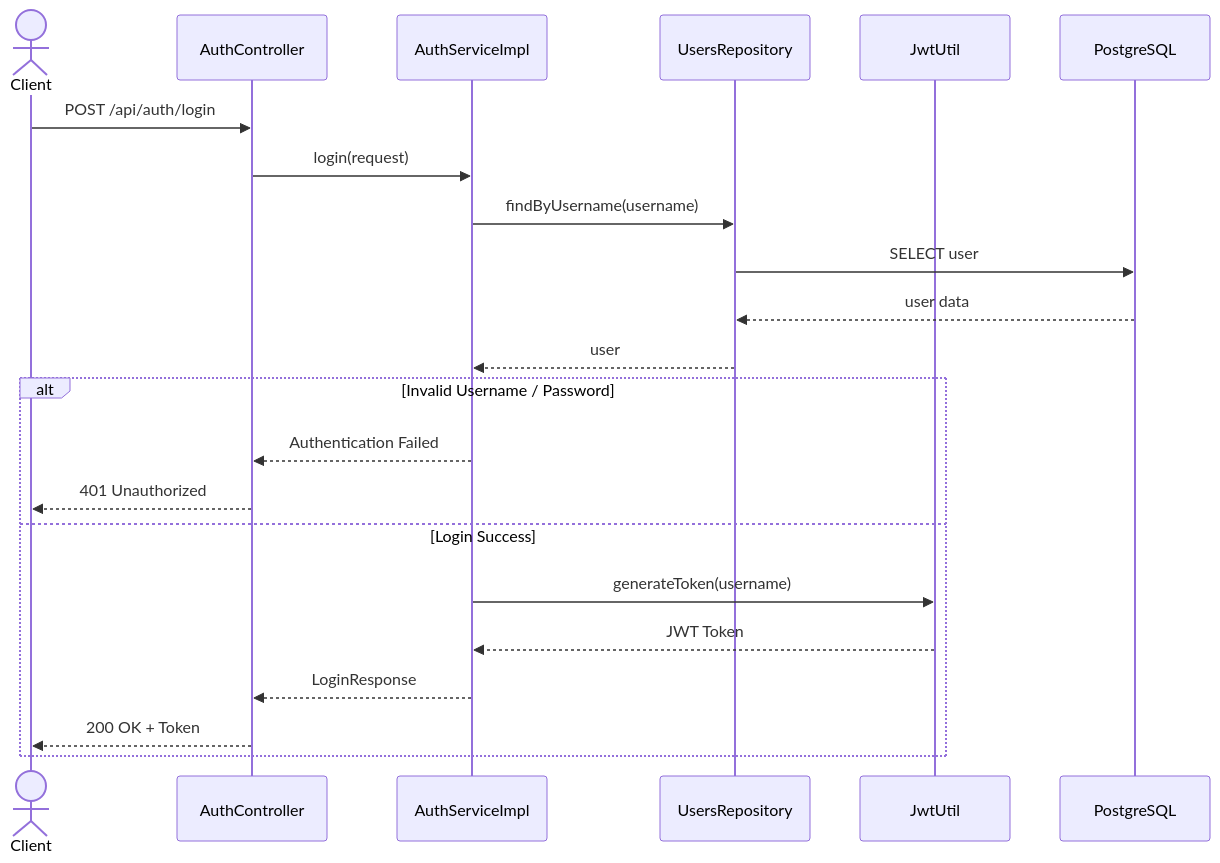
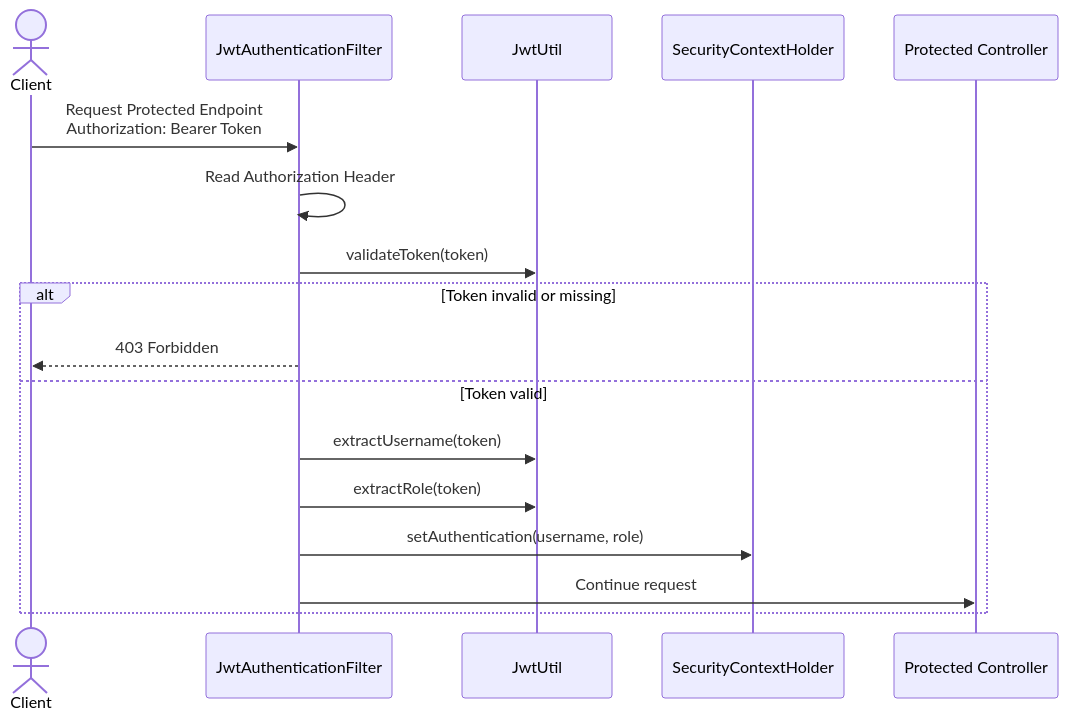
The second of 6 diagrams in docs/sequence-diagram.md (DinoDarmayanto/3pm-api-toko-java), drawn with Mermaid before and after one commit. The commit also changed other lines of this file, not shown here.

Commit message:
Update Sequence Diagram

````diff
--- a/docs/sequence-diagram.md
+++ b/docs/sequence-diagram.md
@@ -58,30 +42,23 @@
 ```mermaid
 sequenceDiagram
     actor Client
 
-    participant Controller as AuthController
-    participant Service as AuthServiceImpl
-    participant UserRepo as UsersRepository
-    participant JWT as JwtUtil
-    participant DB as PostgreSQL
+    participant JwtFilter as JwtAuthenticationFilter
+    participant JwtUtil as JwtUtil
+    participant SecurityContext as SecurityContextHolder
+    participant Controller as Protected Controller
 
-    Client->>Controller: POST /api/auth/login
+    Client->>JwtFilter: Request Protected Endpoint<br/>Authorization: Bearer Token
 
-    Controller->>Service: login(request)
+    JwtFilter->>JwtFilter: Read Authorization Header
+    JwtFilter->>JwtUtil: validateToken(token)
 
-    Service->>UserRepo: findByUsername(username)
-    UserRepo->>DB: SELECT user
-    DB-->>UserRepo: user data
-    UserRepo-->>Service: user
-
-    alt Invalid Username / Password
-        Service-->>Controller: Authentication Failed
-        Controller-->>Client: 401 Unauthorized
-    else Login Success
-        Service->>JWT: generateToken(username)
-        JWT-->>Service: JWT Token
-
-        Service-->>Controller: LoginResponse
-        Controller-->>Client: 200 OK + Token
+    alt Token invalid or missing
+        JwtFilter-->>Client: 403 Forbidden
+    else Token valid
+        JwtFilter->>JwtUtil: extractUsername(token)
+        JwtFilter->>JwtUtil: extractRole(token)
+        JwtFilter->>SecurityContext: setAuthentication(username, role)
+        JwtFilter->>Controller: Continue request
     end
 ```
````
